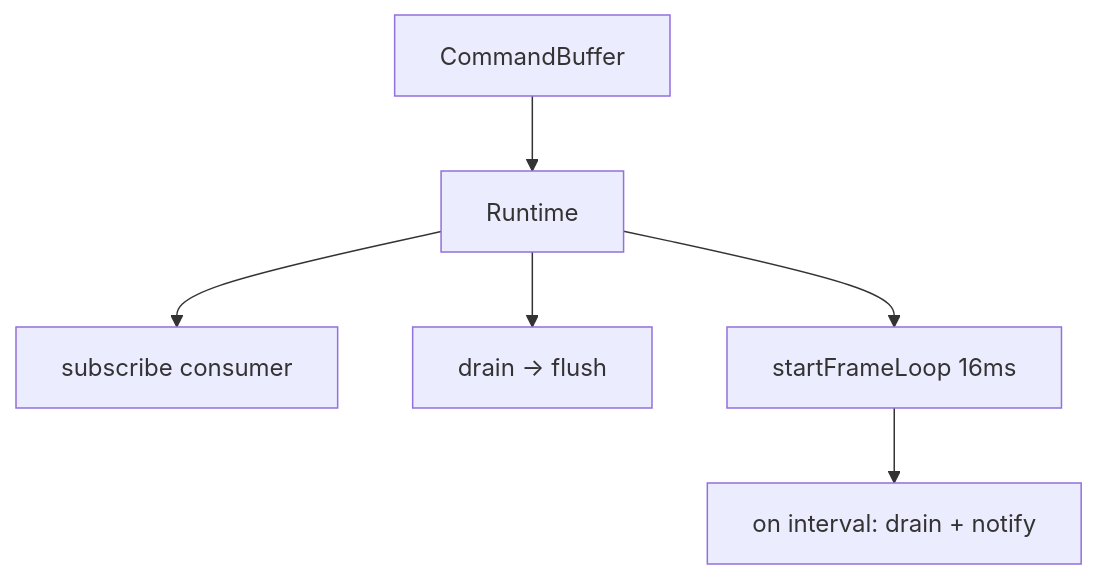
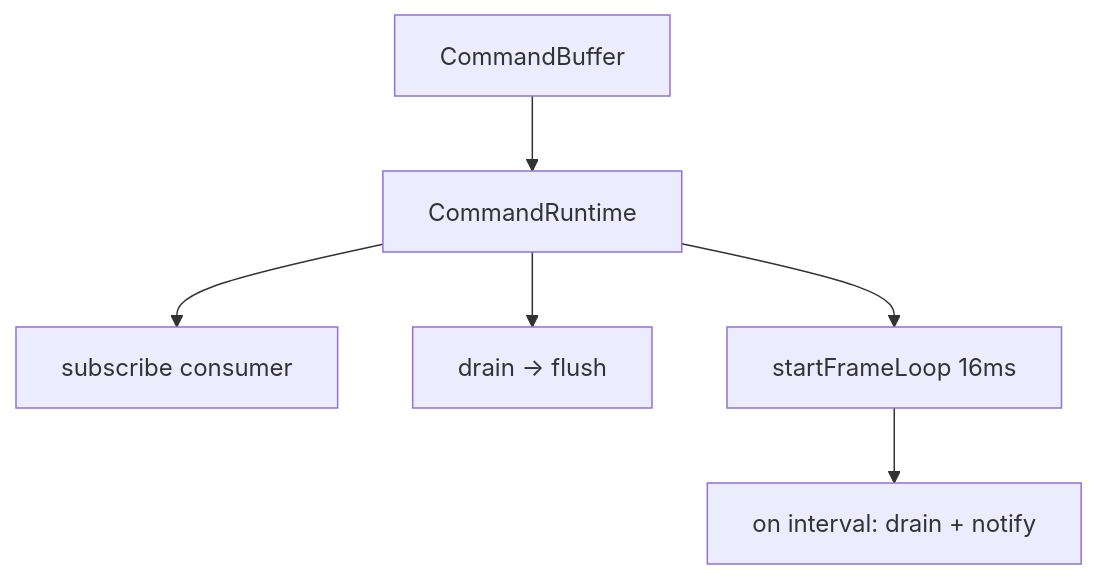
One commit to localfirstai/bettertui changed the diagram in docs/runtime.md. Above: the diagram before and after it, drawn with Mermaid. The commit also changed other lines of this file and 38 other files, not shown here.

````diff
--- a/docs/runtime.md
+++ b/docs/runtime.md
@@ -7,8 +7,8 @@
 ```mermaid
 flowchart TD
-    A[CommandBuffer] --> B[Runtime]
+    A[CommandBuffer] --> B[CommandRuntime]
     B --> C[subscribe consumer]
     B --> D[drain -> flush]
     B --> E[startFrameLoop 16ms]
     E --> F[on interval: drain + notify]
 ```
````
